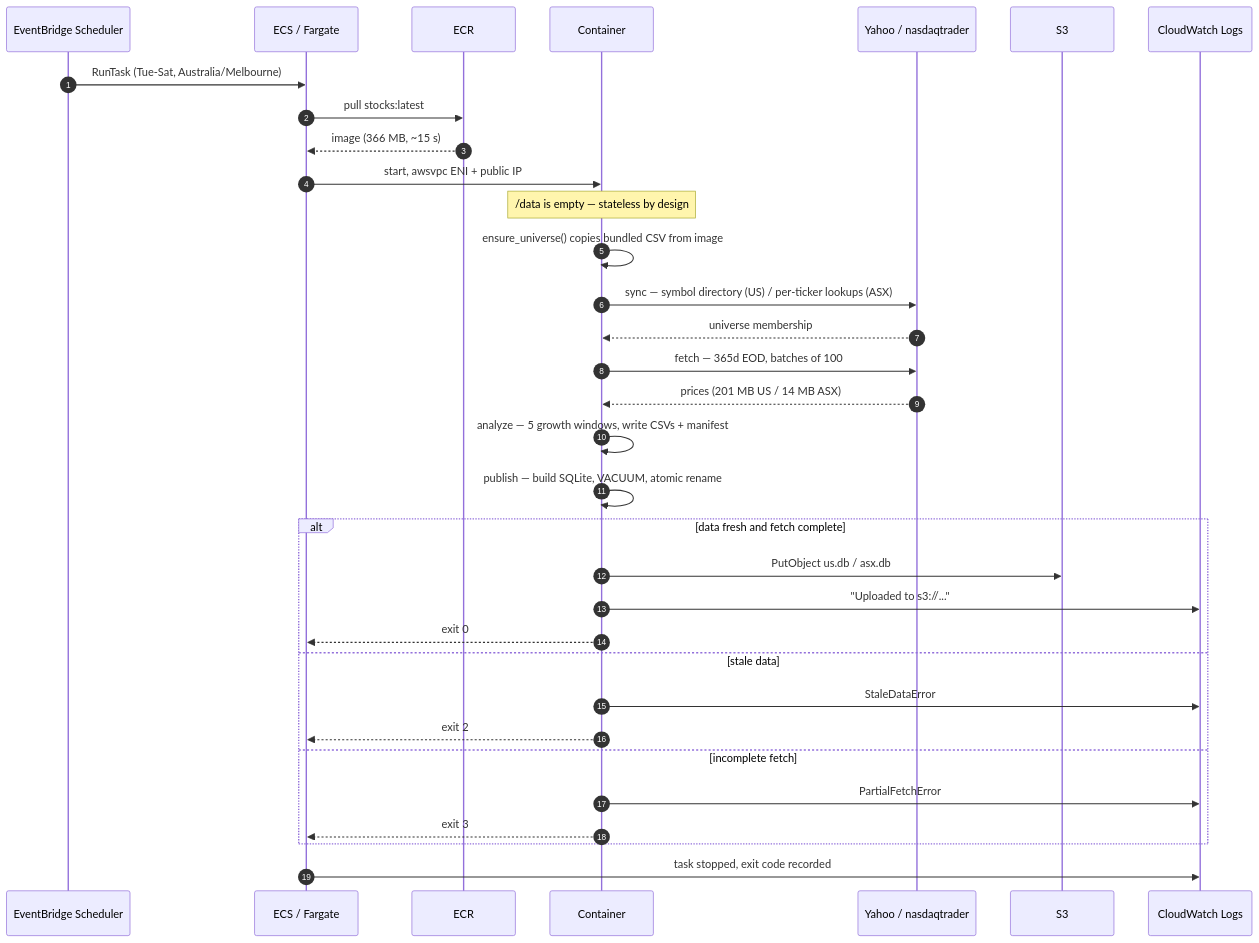
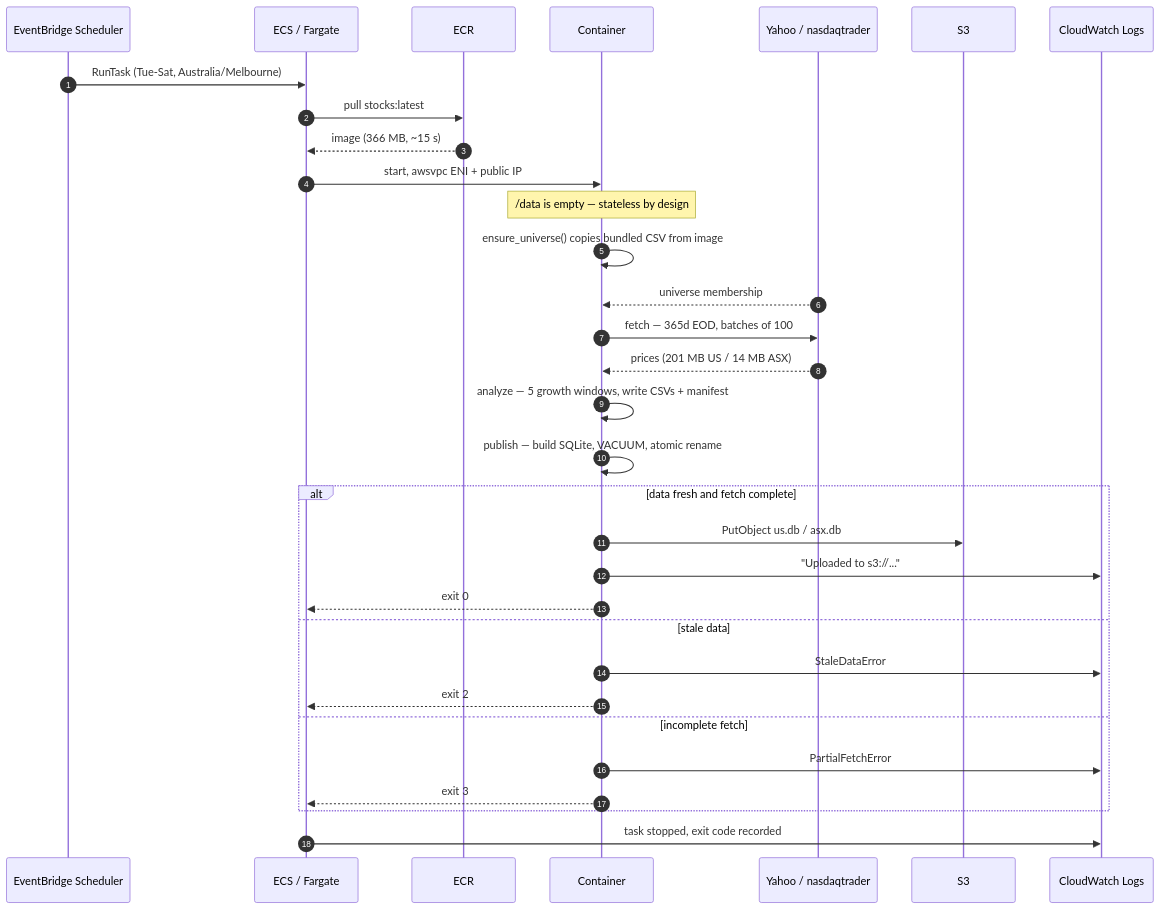
Before and after one commit to ryandam9/Stocks: the third of 5 diagrams in docs/AWS_DEPLOYMENT_SPEC.md, drawn with Mermaid. The commit also changed other lines of this file and 10 other files, not shown here.

````diff
--- a/docs/AWS_DEPLOYMENT_SPEC.md
+++ b/docs/AWS_DEPLOYMENT_SPEC.md
@@ -456,40 +455,39 @@
 ```mermaid
 sequenceDiagram
     autonumber
     participant S as EventBridge Scheduler
     participant E as ECS / Fargate
     participant R as ECR
     participant C as Container
     participant Y as Yahoo / nasdaqtrader
     participant B as S3
     participant L as CloudWatch Logs
 
     S->>E: RunTask (Tue-Sat, Australia/Melbourne)
     E->>R: pull stocks:latest
     R-->>E: image (366 MB, ~15 s)
     E->>C: start, awsvpc ENI + public IP
 
     Note over C: /data is empty — stateless by design
     C->>C: ensure_universe() copies bundled CSV from image
 
-    C->>Y: sync — symbol directory (US) / per-ticker lookups (ASX)
     Y-->>C: universe membership
     C->>Y: fetch — 365d EOD, batches of 100
     Y-->>C: prices (201 MB US / 14 MB ASX)
     C->>C: analyze — 5 growth windows, write CSVs + manifest
     C->>C: publish — build SQLite, VACUUM, atomic rename
 
     alt data fresh and fetch complete
         C->>B: PutObject us.db / asx.db
         C->>L: "Uploaded to s3://..."
         C-->>E: exit 0
     else stale data
         C->>L: StaleDataError
         C-->>E: exit 2
     else incomplete fetch
         C->>L: PartialFetchError
         C-->>E: exit 3
     end
 
     E->>L: task stopped, exit code recorded
 ```
````
